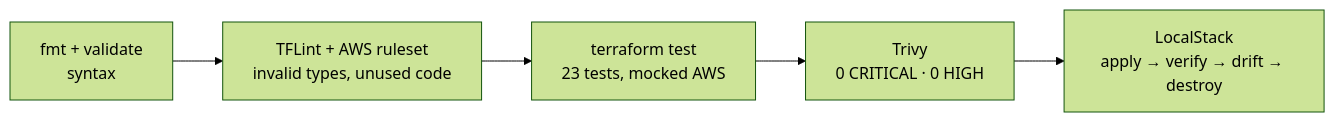
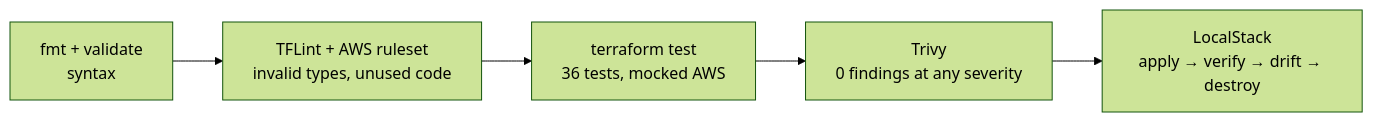
The seventh of 22 diagrams in docs/diagrams/README.md (ggonzalez36/AI-Advisor), drawn with Mermaid before and after one commit. The commit also changed other lines of this file and 35 other files, not shown here.

````diff
--- a/docs/diagrams/README.md
+++ b/docs/diagrams/README.md
@@ -323,8 +341,8 @@
 ```mermaid
 %%{init: {"theme": "forest"}}%%
 flowchart LR
     A["fmt + validate<br/>syntax"] --> B["TFLint + AWS ruleset<br/>invalid types, unused code"]
-    B --> C["terraform test<br/>23 tests, mocked AWS"]
-    C --> D["Trivy<br/>0 CRITICAL · 0 HIGH"]
+    B --> C["terraform test<br/>36 tests, mocked AWS"]
+    C --> D["Trivy<br/>0 findings at any severity"]
     D --> E["LocalStack<br/>apply → verify → drift → destroy"]
 ```
````
